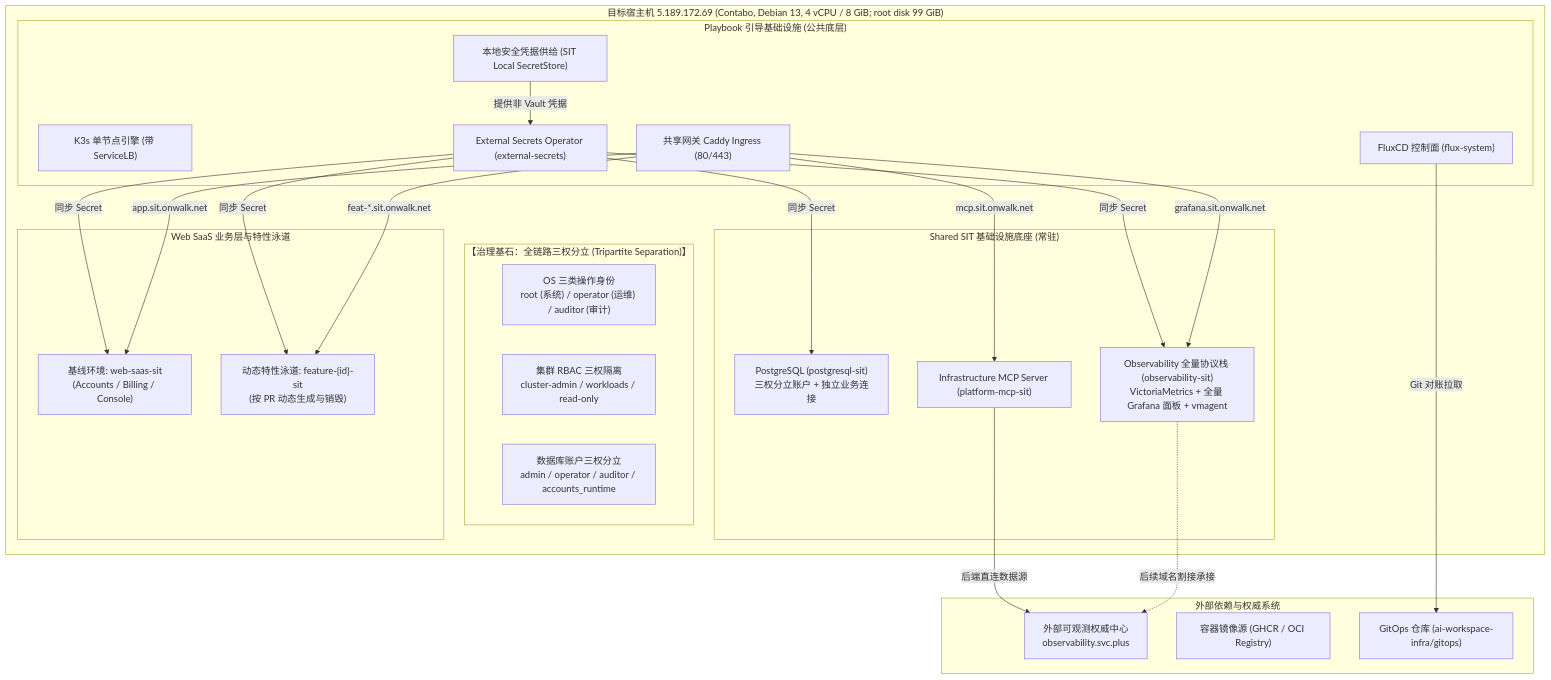
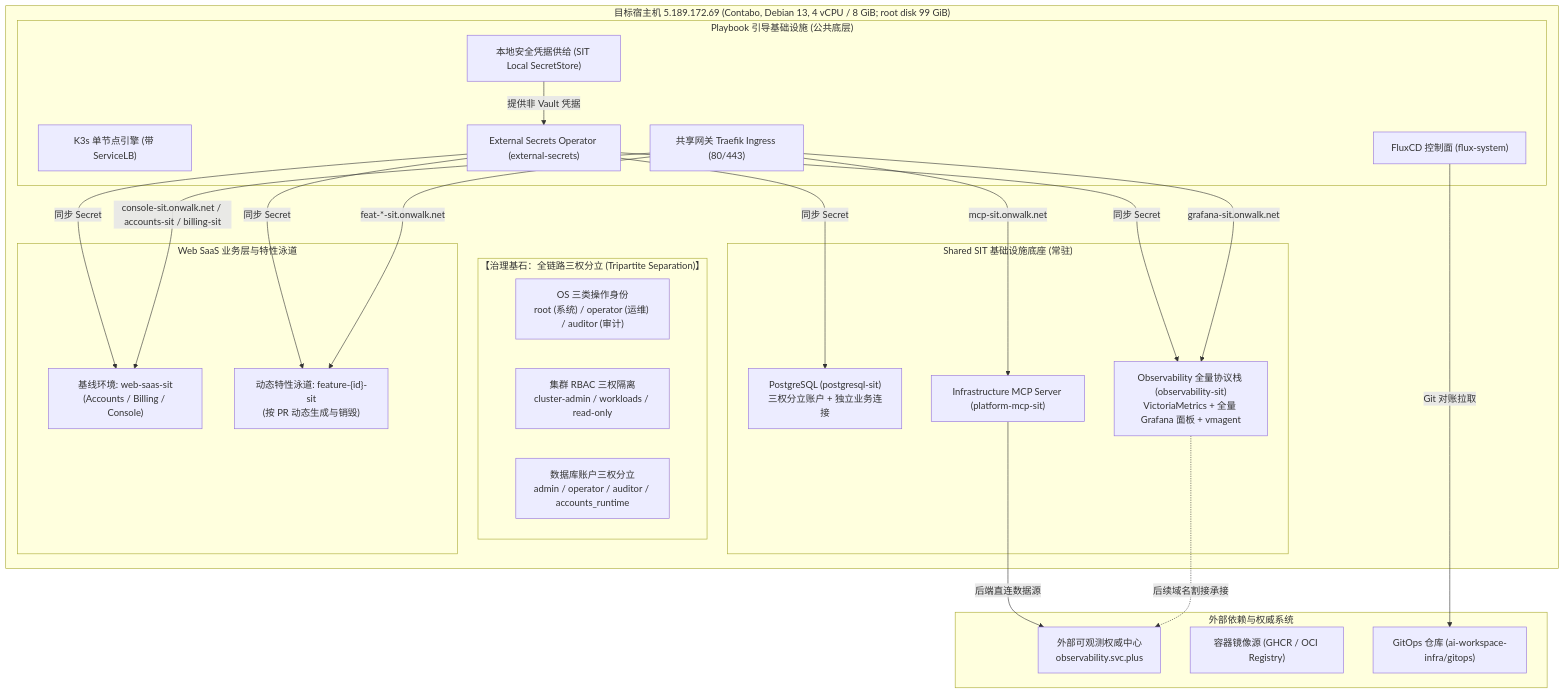
The first of 2 diagrams in docs/reference/platform-delivery/clusters/sit-k3s-v6/SIT-K3S-V6-模块化交付与特性泳道规划.md (ai-workspace-services/knowledge), drawn with Mermaid before and after one commit. The commit also changed other lines of this file, not shown here.

First line of the commit message:
docs(sit): show Traefik and Flagger in the deployment model (#396)

````diff
--- a/docs/reference/platform-delivery/clusters/sit-k3s-v6/SIT-K3S-V6-模块化交付与特性泳道规划.md
+++ b/docs/reference/platform-delivery/clusters/sit-k3s-v6/SIT-K3S-V6-模块化交付与特性泳道规划.md
@@ -106,49 +111,49 @@
 ```mermaid
 flowchart TB
     subgraph Host["目标宿主机 5.189.172.69 (Contabo, Debian 13, 4 vCPU / 8 GiB; root disk 99 GiB)"]
         subgraph TripartiteSec["【治理基石：全链路三权分立 (Tripartite Separation)】"]
             OS_ID["OS 三类操作身份<br/>root (系统) / operator (运维) / auditor (审计)"]
             K8S_RBAC["集群 RBAC 三权隔离<br/>cluster-admin / workloads / read-only"]
             DB_ROLES["数据库账户三权分立<br/>admin / operator / auditor / accounts_runtime"]
         end
 
         subgraph InfraBootstrap["Playbook 引导基础设施 (公共底层)"]
             K3S["K3s 单节点引擎 (带 ServiceLB)"]
             FLUX["FluxCD 控制面 (flux-system)"]
             ESO["External Secrets Operator (external-secrets)"]
-            INGRESS["共享网关 Caddy Ingress (80/443)"]
+            INGRESS["共享网关 Traefik Ingress (80/443)"]
             LOCALSEC["本地安全凭据供给 (SIT Local SecretStore)"]
         end
 
         subgraph SharedSIT["Shared SIT 基础设施底座 (常驻)"]
             PG["PostgreSQL (postgresql-sit)<br/>三权分立账户 + 独立业务连接"]
             OBS["Observability 全量协议栈 (observability-sit)<br/>VictoriaMetrics + 全量 Grafana 面板 + vmagent"]
             MCP["Infrastructure MCP Server (platform-mcp-sit)"]
         end
 
         subgraph WebSaaSPlatform["Web SaaS 业务层与特性泳道"]
             BASE["基线环境: web-saas-sit<br/>(Accounts / Billing / Console)"]
             LANE["动态特性泳道: feature-{id}-sit<br/>(按 PR 动态生成与销毁)"]
         end
     end
 
     subgraph ExternalServices["外部依赖与权威系统"]
         EXT_OBS["外部可观测权威中心<br/>observability.svc.plus"]
         EXT_REG["容器镜像源 (GHCR / OCI Registry)"]
         GITOPS_REPO["GitOps 仓库 (ai-workspace-infra/gitops)"]
     end
 
     %% 连接关系
     FLUX -->|Git 对账拉取| GITOPS_REPO
     MCP -->|后端直连数据源| EXT_OBS
     OBS -.->|后续域名割接承接| EXT_OBS
     LOCALSEC -->|提供非 Vault 凭据| ESO
     ESO -->|同步 Secret| PG
     ESO -->|同步 Secret| OBS
     ESO -->|同步 Secret| BASE
     ESO -->|同步 Secret| LANE
-    INGRESS -->|app.sit.onwalk.net| BASE
-    INGRESS -->|feat-*.sit.onwalk.net| LANE
-    INGRESS -->|grafana.sit.onwalk.net| OBS
-    INGRESS -->|mcp.sit.onwalk.net| MCP
+    INGRESS -->|console-sit.onwalk.net / accounts-sit / billing-sit| BASE
+    INGRESS -->|feat-*-sit.onwalk.net| LANE
+    INGRESS -->|grafana-sit.onwalk.net| OBS
+    INGRESS -->|mcp-sit.onwalk.net| MCP
 ```
````
